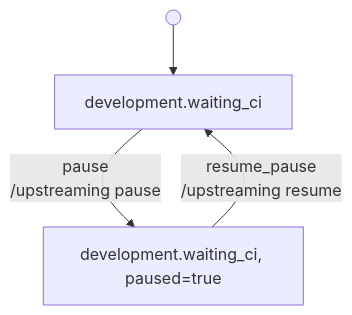
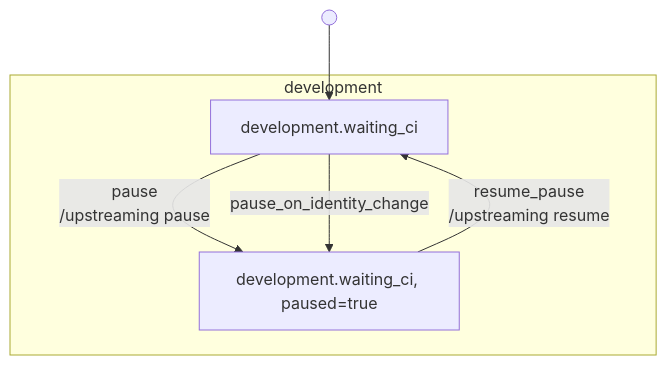
Before and after one commit to riseproject-dev/porting-agent: diagram 13 of 30 in docs/state-machine/index.md, drawn with Mermaid. The commit also changed other lines of this file and 9 other files, not shown here.

````diff
--- a/docs/state-machine/index.md
+++ b/docs/state-machine/index.md
@@ -456,9 +435,12 @@
 ```mermaid
 flowchart TB
-    active["development.waiting_ci"]
-    paused["development.waiting_ci, paused=true"]
+    subgraph development["development"]
+        development_waiting_ci["development.waiting_ci"]
+        development_waiting_ci_paused["development.waiting_ci, paused=true"]
+    end
 
-    start_1(( )) --> active
-    active -->|pause<br/>/upstreaming pause| paused
-    paused -->|resume_pause<br/>/upstreaming resume| active
+    start_1(( )) --> development_waiting_ci
+    development_waiting_ci -->|pause<br/>/upstreaming pause| development_waiting_ci_paused
+    development_waiting_ci -->|pause_on_identity_change| development_waiting_ci_paused
+    development_waiting_ci_paused -->|resume_pause<br/>/upstreaming resume| development_waiting_ci
 ```
````
